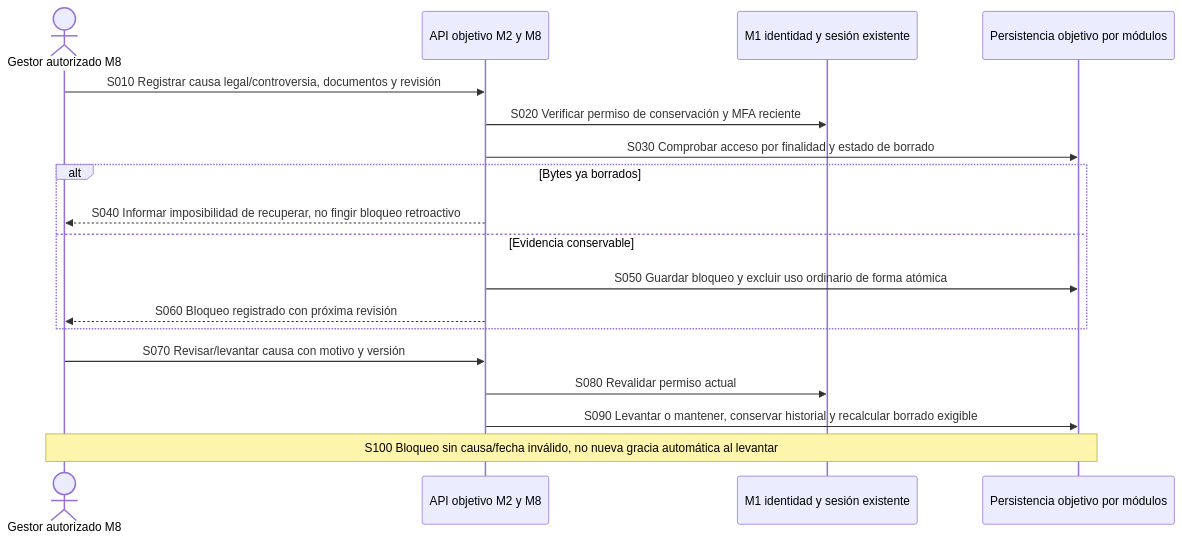
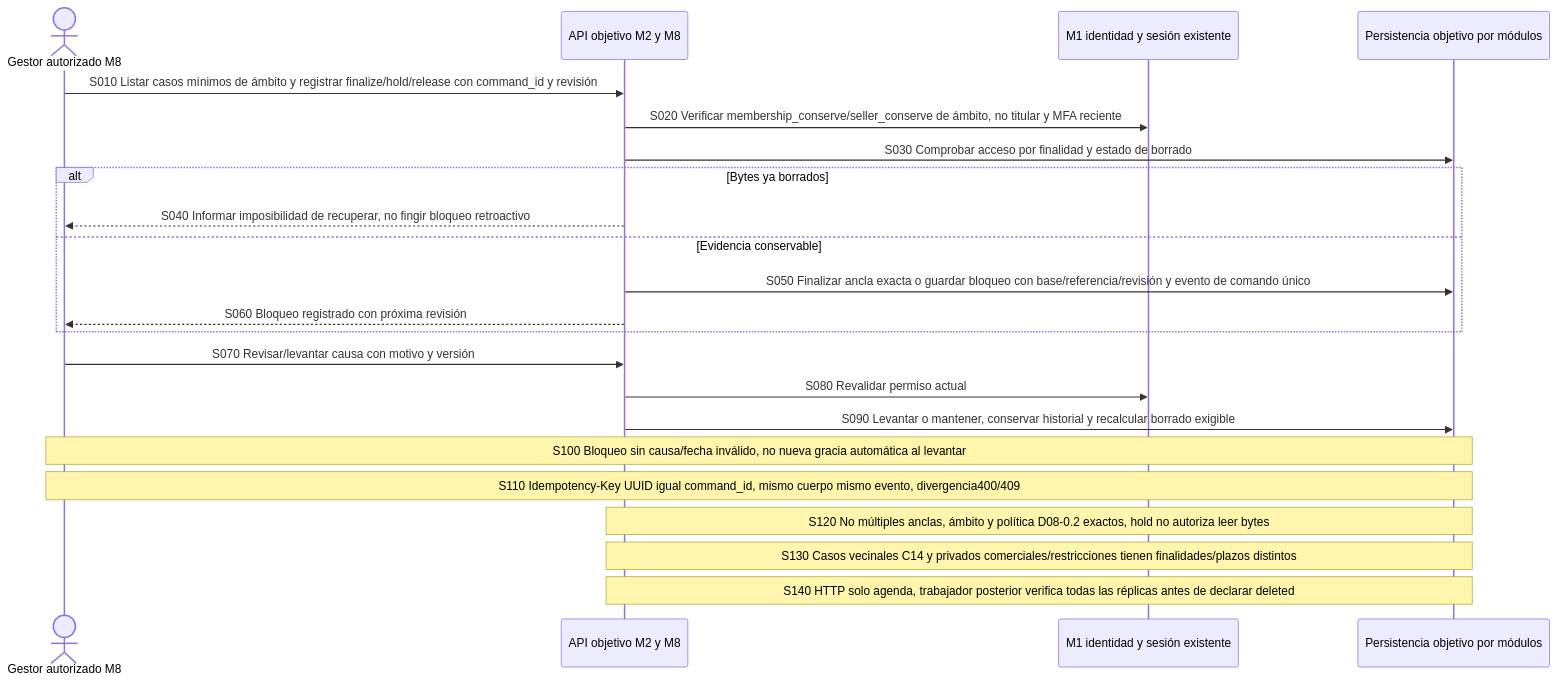
The diagram in marleva-local/repositorio/docs/diagramas/secuencia/M8/MAR-M8-SEQ-005.mmd (AndresRaRi/marleva), drawn with Mermaid before and after one commit. The commit also changed 48 other files, not shown here.

```diff
--- a/marleva-local/repositorio/docs/diagramas/secuencia/M8/MAR-M8-SEQ-005.mmd
+++ b/marleva-local/repositorio/docs/diagramas/secuencia/M8/MAR-M8-SEQ-005.mmd
@@ -1,20 +1,24 @@
 %% MAR-M8-SEQ-005: Bloqueo de conservación y levantamiento
 %% 15-10-2026. Objetivo documental. Sin API o implementación acreditadas.
 sequenceDiagram
 actor G as Gestor autorizado M8
 participant A as API objetivo M2 y M8
 participant I as M1 identidad y sesión existente
 participant D as Persistencia objetivo por módulos
-G->>A: S010 Registrar causa legal/controversia, documentos y revisión
-A->>I: S020 Verificar permiso de conservación y MFA reciente
+G->>A: S010 Listar casos mínimos de ámbito y registrar finalize/hold/release con command_id y revisión
+A->>I: S020 Verificar membership_conserve/seller_conserve de ámbito, no titular y MFA reciente
 A->>D: S030 Comprobar acceso por finalidad y estado de borrado
 alt Bytes ya borrados
  A-->>G: S040 Informar imposibilidad de recuperar, no fingir bloqueo retroactivo
 else Evidencia conservable
- A->>D: S050 Guardar bloqueo y excluir uso ordinario de forma atómica
+ A->>D: S050 Finalizar ancla exacta o guardar bloqueo con base/referencia/revisión y evento de comando único
  A-->>G: S060 Bloqueo registrado con próxima revisión
 end
 G->>A: S070 Revisar/levantar causa con motivo y versión
 A->>I: S080 Revalidar permiso actual
 A->>D: S090 Levantar o mantener, conservar historial y recalcular borrado exigible
 Note over G,D: S100 Bloqueo sin causa/fecha inválido, no nueva gracia automática al levantar
+Note over G,D: S110 Idempotency-Key UUID igual command_id, mismo cuerpo mismo evento, divergencia400/409
+Note over A,D: S120 No múltiples anclas, ámbito y política D08-0.2 exactos, hold no autoriza leer bytes
+Note over A,D: S130 Casos vecinales C14 y privados comerciales/restricciones tienen finalidades/plazos distintos
+Note over A,D: S140 HTTP solo agenda, trabajador posterior verifica todas las réplicas antes de declarar deleted
```
